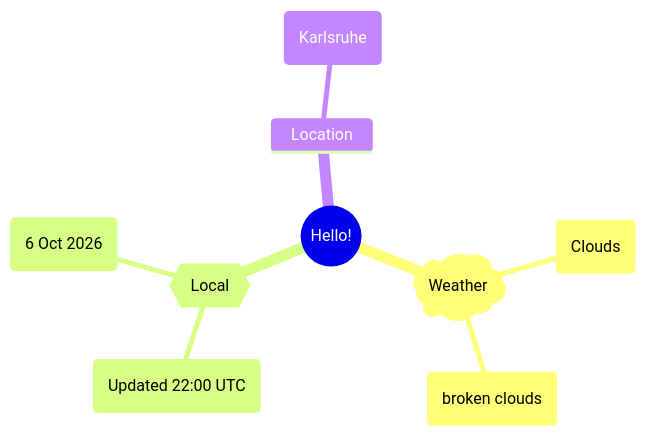
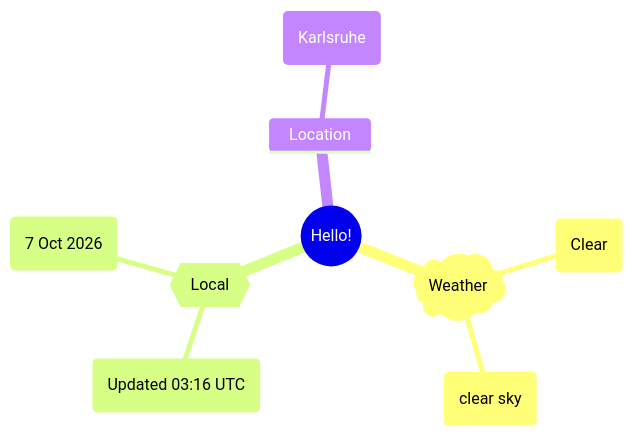
The first of 2 diagrams in README.md (Xosrov/Xosrov), drawn with Mermaid before and after one commit.

Commit message:
[bot] updated images

````diff
--- a/README.md
+++ b/README.md
@@ -3,12 +3,12 @@
 ```mermaid
 mindmap
   root((Hello!))
     )Weather(
-        (Clouds)
-        (broken clouds)
+        (Clear)
+        (clear sky)
     {{Local}}
-        (Updated 22:00 UTC)
-        (6 Oct 2026)
+        (Updated 03:16 UTC)
+        (7 Oct 2026)
     Location
         (Karlsruhe)
 ```
````
